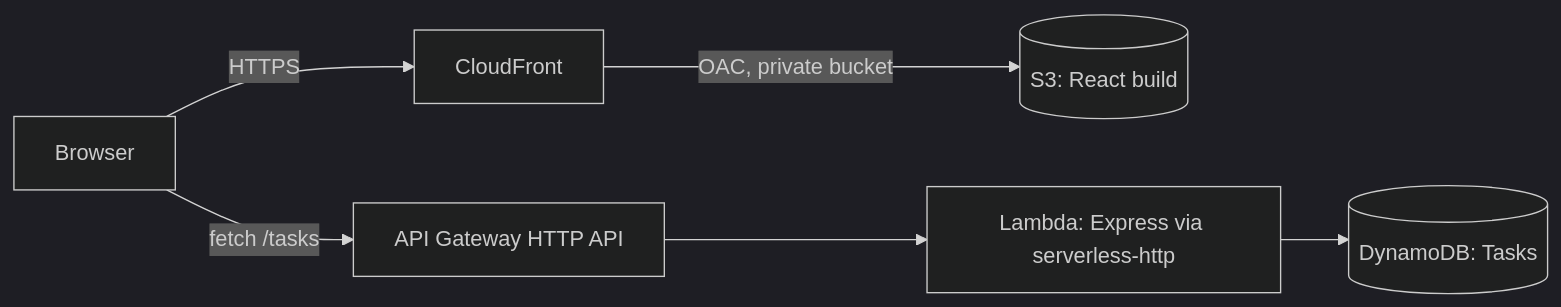
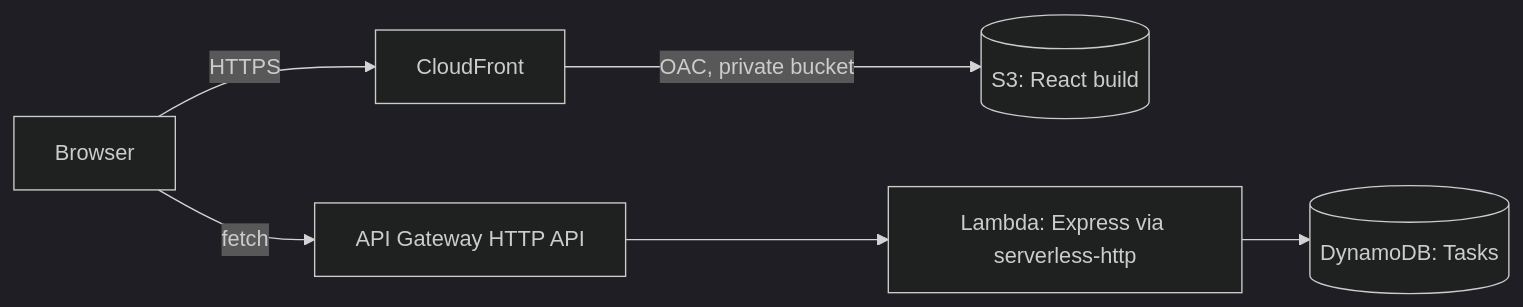
The diagram in README.md (GAURAV2082004/aws-task-manager), drawn with Mermaid (dark theme) before and after one commit. The commit also changed other lines of this file and 20 other files, not shown here.

````diff
--- a/README.md
+++ b/README.md
@@ -9,8 +17,8 @@
 ```mermaid
 flowchart LR
   U[Browser] -->|HTTPS| CF[CloudFront]
   CF -->|OAC, private bucket| S3[(S3: React build)]
-  U -->|fetch /tasks| API[API Gateway HTTP API]
+  U -->|fetch| API[API Gateway HTTP API]
   API --> L[Lambda: Express via serverless-http]
   L --> DDB[(DynamoDB: Tasks)]
 ```
````
